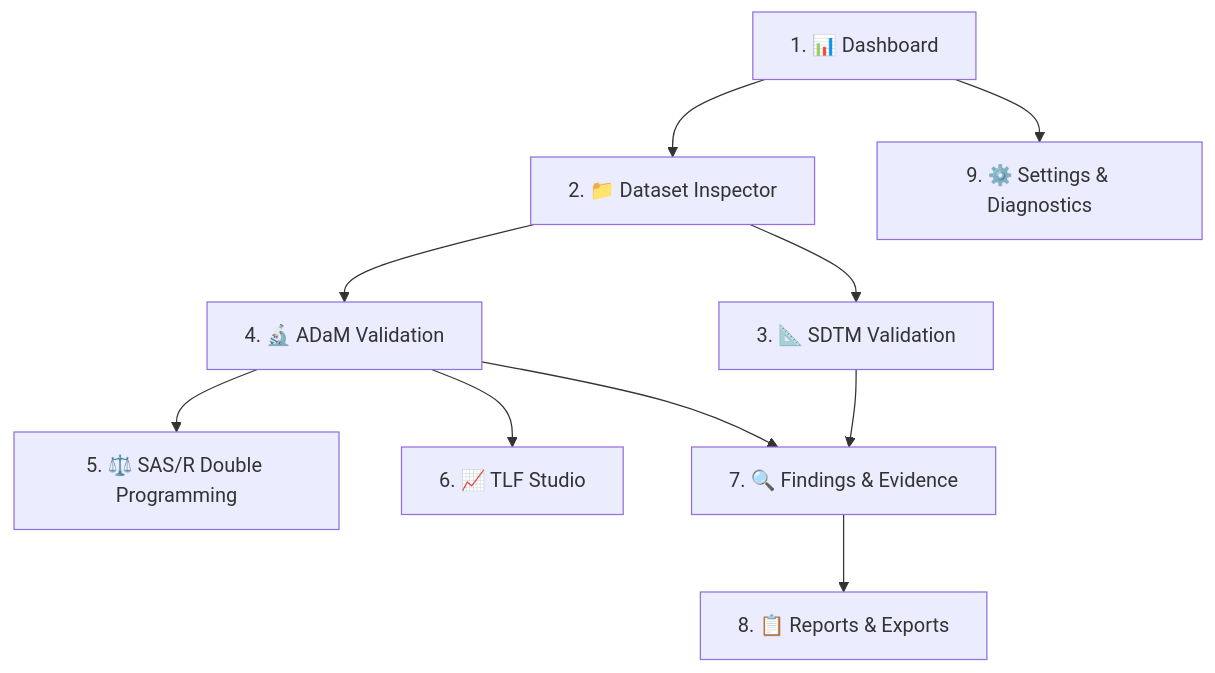
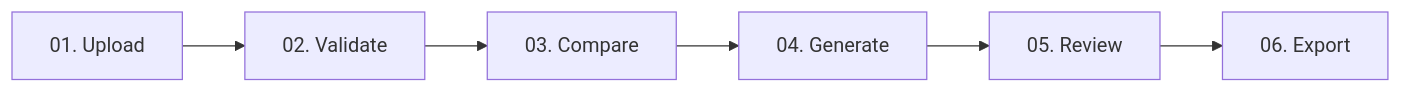
Before and after one commit to NarasimhaMachineni/clinical-ai-agent: the diagram in README.md, drawn with Mermaid. The commit also changed other lines of this file and 8 other files, not shown here.

````diff
--- a/README.md
+++ b/README.md
@@ -16,12 +25,8 @@
 ```mermaid
-flowchart TD
-    DASH["1. 📊 Dashboard"] --> INSP["2. 📁 Dataset Inspector"]
-    INSP --> SDTM["3. 📐 SDTM Validation"]
-    INSP --> ADAM["4. 🔬 ADaM Validation"]
-    ADAM --> DBL["5. ⚖️ SAS/R Double Programming"]
-    ADAM --> TLF["6. 📈 TLF Studio"]
-    SDTM --> FIND["7. 🔍 Findings & Evidence"]
-    ADAM --> FIND
-    FIND --> REP["8. 📋 Reports & Exports"]
-    DASH --> SET["9. ⚙️ Settings & Diagnostics"]
+flowchart LR
+    UP["01. Upload"] --> VAL["02. Validate"]
+    VAL --> COMP["03. Compare"]
+    COMP --> GEN["04. Generate"]
+    GEN --> REV["05. Review"]
+    REV --> EXP["06. Export"]
 ```
````
